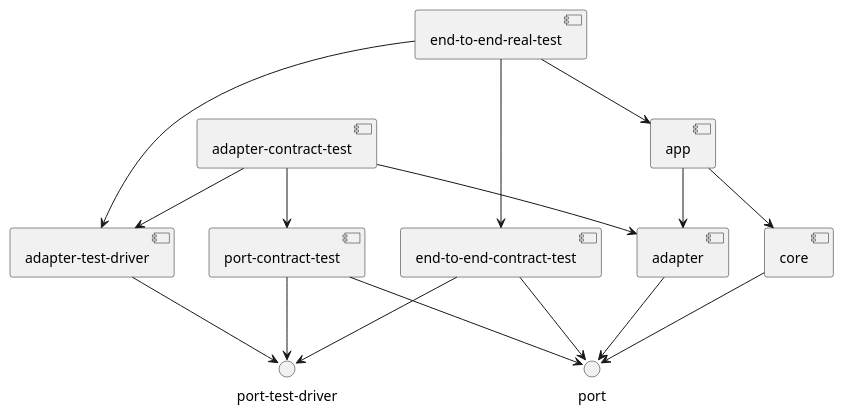
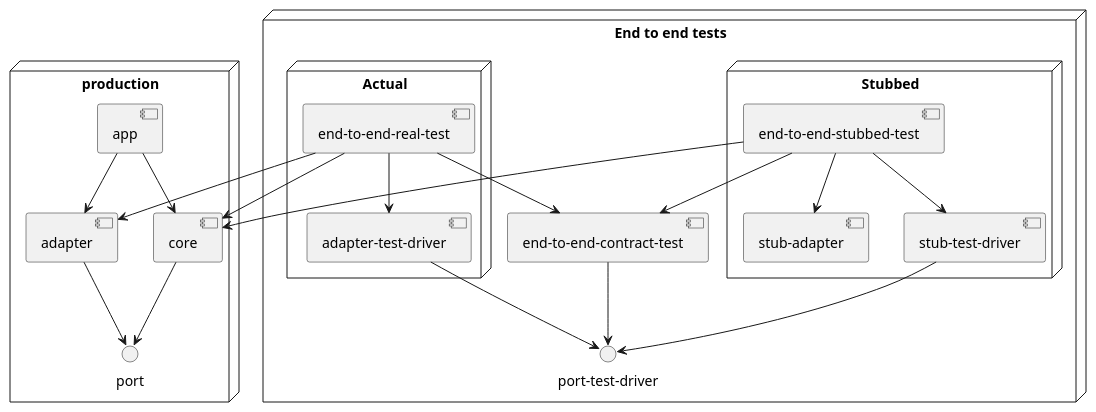
One commit to Mahoney-playground/goos changed the second of 2 diagrams in README.md. Above: the diagram before and after it, drawn with PlantUML. The commit also changed other lines of this file, not shown here.

Commit message:
Improved diagrams

````diff
--- a/README.md
+++ b/README.md
@@ -159,35 +178,48 @@
 ```plantuml
 @startuml
 
-component app
-component core
-component adapter
-component "adapter-contract-test" as adapter_contract_test
-component "end-to-end-real-test" as end_to_end_real_test
-component "adapter-test-driver" as adapter_test_driver
-component "end-to-end-contract-test" as end_to_end_contract_test
-component "port-contract-test" as port_contract_test
-interface "port-test-driver" as port_test_driver
-interface port
+node production { 
+    component app
+    component core
+    component adapter
+    interface port
+}
+
+node "End to end tests" {
+
+    interface "port-test-driver" as port_test_driver
+    component "end-to-end-contract-test" as end_to_end_contract_test
+    
+    node "Stubbed" {
+        component "end-to-end-stubbed-test" as end_to_end_stubbed_test
+        component "stub-adapter" as stub_adapter
+        component "stub-test-driver" as stub_test_driver
+    }
+    
+    node Actual {
+        component "end-to-end-real-test" as end_to_end_real_test
+        component "adapter-test-driver" as adapter_test_driver
+    }
+}
 
 app --> core
 app --> adapter
 core --> port
 adapter --> port
 
-port_contract_test --> port
-port_contract_test --> port_test_driver
-
 adapter_test_driver --> port_test_driver
-adapter_contract_test --> port_contract_test
-adapter_contract_test --> adapter_test_driver
-adapter_contract_test --> adapter
-
 end_to_end_contract_test --> port_test_driver
-end_to_end_contract_test --> port
 
 end_to_end_real_test --> end_to_end_contract_test
+end_to_end_real_test --> core
+end_to_end_real_test --> adapter
 end_to_end_real_test --> adapter_test_driver
-end_to_end_real_test --> app
+
+stub_test_driver --> port_test_driver
+
+end_to_end_stubbed_test --> end_to_end_contract_test
+end_to_end_stubbed_test --> stub_test_driver
+end_to_end_stubbed_test --> core
+end_to_end_stubbed_test --> stub_adapter
 @enduml
 ```
````
